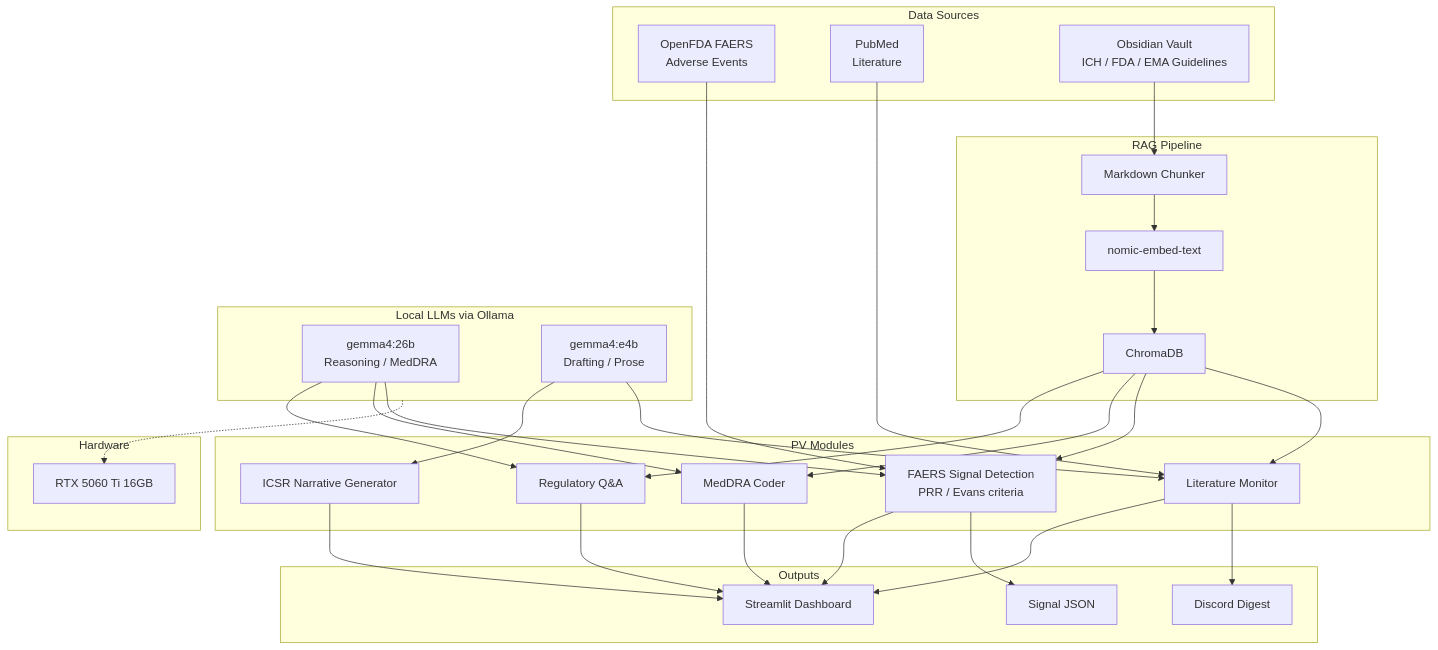
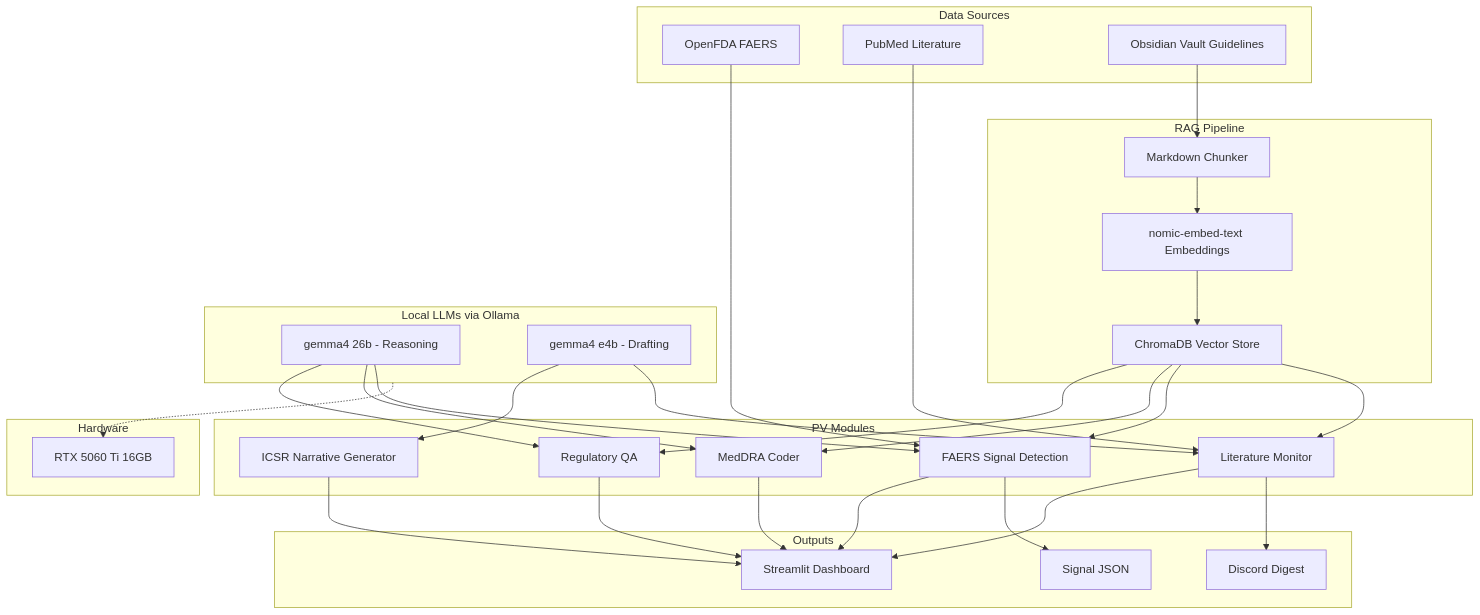
One commit to molszewski423/pv-workbench changed the diagram in README.md. Above: the diagram before and after it, drawn with Mermaid.

Commit message:
Strip all special chars from Mermaid for mobile compat

````diff
--- a/README.md
+++ b/README.md
@@ -17,64 +17,58 @@
 ```mermaid
 graph TB
     subgraph Sources[Data Sources]
-        FAERS[OpenFDA FAERS
-Adverse Events]
-        PubMed[PubMed
-Literature]
-        Vault[Obsidian Vault
-ICH / FDA / EMA Guidelines]
+        FAERS[OpenFDA FAERS]
+        PubMed[PubMed Literature]
+        Vault[Obsidian Vault Guidelines]
     end
 
     subgraph RAG[RAG Pipeline]
         Chunker[Markdown Chunker]
-        Embed[nomic-embed-text]
-        ChromaDB[ChromaDB]
+        Embed[nomic-embed-text Embeddings]
+        ChromaDB[ChromaDB Vector Store]
     end
 
     subgraph LLMs[Local LLMs via Ollama]
-        G26b[gemma4:26b
-Reasoning / MedDRA]
-        G4b[gemma4:e4b
-Drafting / Prose]
+        G26b[gemma4 26b - Reasoning]
+        G4b[gemma4 e4b - Drafting]
     end
 
     subgraph Modules[PV Modules]
-        M1[Regulatory Q&A]
+        M1[Regulatory QA]
         M2[MedDRA Coder]
-        M3[FAERS Signal Detection
-PRR / Evans criteria]
+        M3[FAERS Signal Detection]
         M4[ICSR Narrative Generator]
         M5[Literature Monitor]
     end
 
     subgraph Output[Outputs]
         Dash[Streamlit Dashboard]
         Discord[Discord Digest]
         JFILE[Signal JSON]
     end
 
     Vault --> Chunker --> Embed --> ChromaDB
     ChromaDB --> M1
     ChromaDB --> M2
     ChromaDB --> M3
     ChromaDB --> M5
     FAERS --> M3
     PubMed --> M5
     G26b --> M1
     G26b --> M2
     G26b --> M3
     G4b --> M4
     G4b --> M5
     M1 --> Dash
     M2 --> Dash
     M3 --> Dash
     M4 --> Dash
     M5 --> Dash
     M5 --> Discord
     M3 --> JFILE
 
     subgraph HW[Hardware]
         GPU[RTX 5060 Ti 16GB]
     end
     LLMs -.-> GPU
 ```
````
